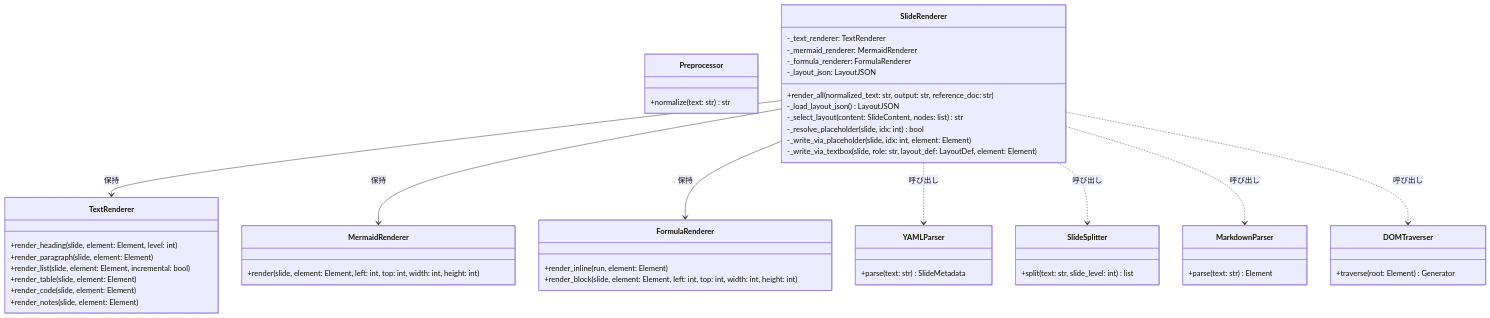
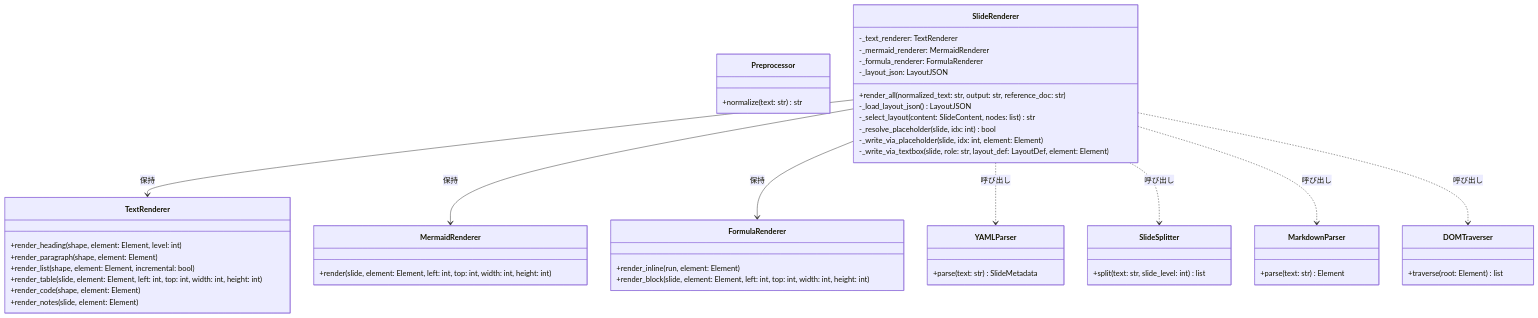
The first of 6 diagrams in docs/CLASS_IMPLEMENT_DESIGN.md (notfolder/qmd_to_pptx), drawn with Mermaid before and after one commit. The commit also changed other lines of this file and 1 other file, not shown here.

````diff
--- a/docs/CLASS_IMPLEMENT_DESIGN.md
+++ b/docs/CLASS_IMPLEMENT_DESIGN.md
@@ -123,61 +123,61 @@
 ```mermaid
 classDiagram
     class Preprocessor {
         +normalize(text: str) str
     }
 
     class YAMLParser {
         +parse(text: str) SlideMetadata
     }
 
     class SlideSplitter {
         +split(text: str, slide_level: int) list
     }
 
     class MarkdownParser {
         +parse(text: str) Element
     }
 
     class DOMTraverser {
-        +traverse(root: Element) Generator
+        +traverse(root: Element) list
     }
 
     class TextRenderer {
-        +render_heading(slide, element: Element, level: int)
-        +render_paragraph(slide, element: Element)
-        +render_list(slide, element: Element, incremental: bool)
-        +render_table(slide, element: Element)
-        +render_code(slide, element: Element)
+        +render_heading(shape, element: Element, level: int)
+        +render_paragraph(shape, element: Element)
+        +render_list(shape, element: Element, incremental: bool)
+        +render_table(slide, element: Element, left: int, top: int, width: int, height: int)
+        +render_code(shape, element: Element)
         +render_notes(slide, element: Element)
     }
 
     class MermaidRenderer {
         +render(slide, element: Element, left: int, top: int, width: int, height: int)
     }
 
     class FormulaRenderer {
         +render_inline(run, element: Element)
         +render_block(slide, element: Element, left: int, top: int, width: int, height: int)
     }
 
     class SlideRenderer {
         -_text_renderer: TextRenderer
         -_mermaid_renderer: MermaidRenderer
         -_formula_renderer: FormulaRenderer
         -_layout_json: LayoutJSON
         +render_all(normalized_text: str, output: str, reference_doc: str)
         -_load_layout_json() LayoutJSON
         -_select_layout(content: SlideContent, nodes: list) str
         -_resolve_placeholder(slide, idx: int) bool
         -_write_via_placeholder(slide, idx: int, element: Element)
         -_write_via_textbox(slide, role: str, layout_def: LayoutDef, element: Element)
     }
 
     SlideRenderer --> TextRenderer : 保持
     SlideRenderer --> MermaidRenderer : 保持
     SlideRenderer --> FormulaRenderer : 保持
     SlideRenderer ..> YAMLParser : 呼び出し
     SlideRenderer ..> SlideSplitter : 呼び出し
     SlideRenderer ..> MarkdownParser : 呼び出し
     SlideRenderer ..> DOMTraverser : 呼び出し
 ```
````
